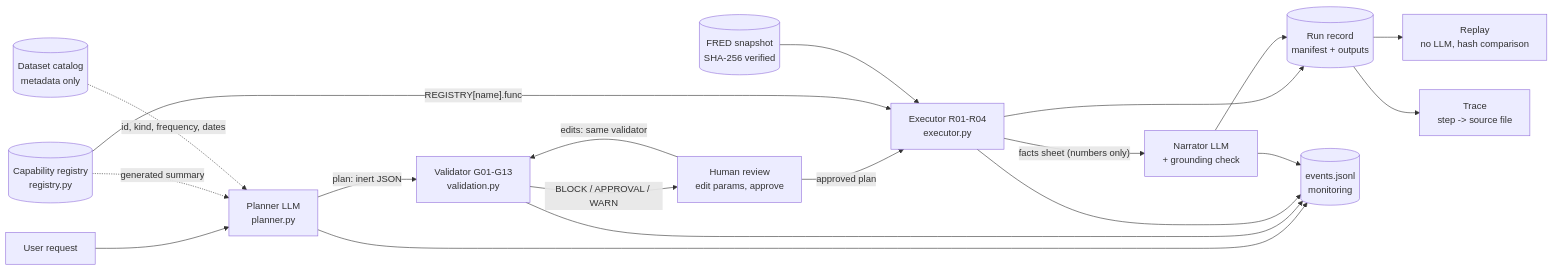
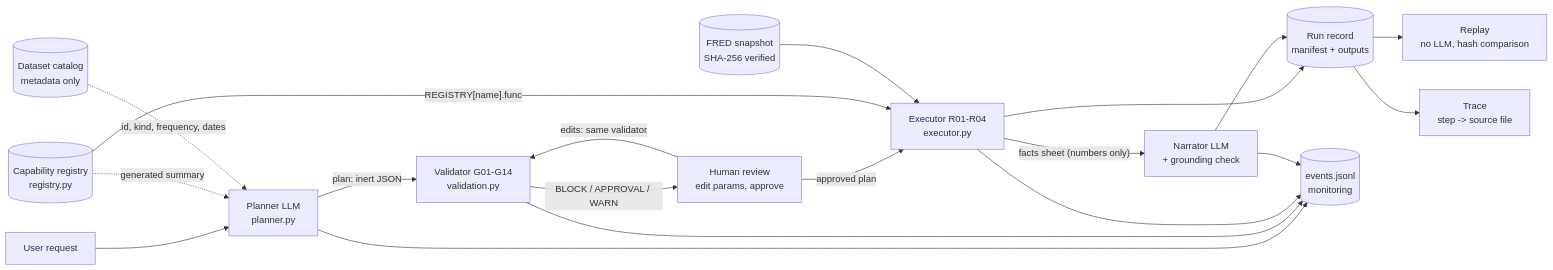
The diagram in README.md (luigifilippochiara/QuantLab), drawn with Mermaid before and after one commit. The commit also changed other lines of this file and 25 other files, not shown here.

````diff
--- a/README.md
+++ b/README.md
@@ -141,18 +145,18 @@
 ```mermaid
 flowchart LR
     U[User request] --> P["Planner LLM<br/>planner.py"]
     R[("Capability registry<br/>registry.py")] -. generated summary .-> P
     C[("Dataset catalog<br/>metadata only")] -. id, kind, frequency, dates .-> P
-    P -->|"plan: inert JSON"| V["Validator G01-G13<br/>validation.py"]
+    P -->|"plan: inert JSON"| V["Validator G01-G14<br/>validation.py"]
     V -->|"BLOCK / APPROVAL / WARN"| H["Human review<br/>edit params, approve"]
     H -->|"edits: same validator"| V
     H -->|approved plan| E["Executor R01-R04<br/>executor.py"]
     R -->|"REGISTRY[name].func"| E
     D[("FRED snapshot<br/>SHA-256 verified")] --> E
     E -->|"facts sheet (numbers only)"| N["Narrator LLM<br/>+ grounding check"]
     E --> L[("Run record<br/>manifest + outputs")]
     N --> L
     L --> RP["Replay<br/>no LLM, hash comparison"]
     L --> T["Trace<br/>step -> source file"]
     P & V & E & N --> M[("events.jsonl<br/>monitoring")]
 ```
````
